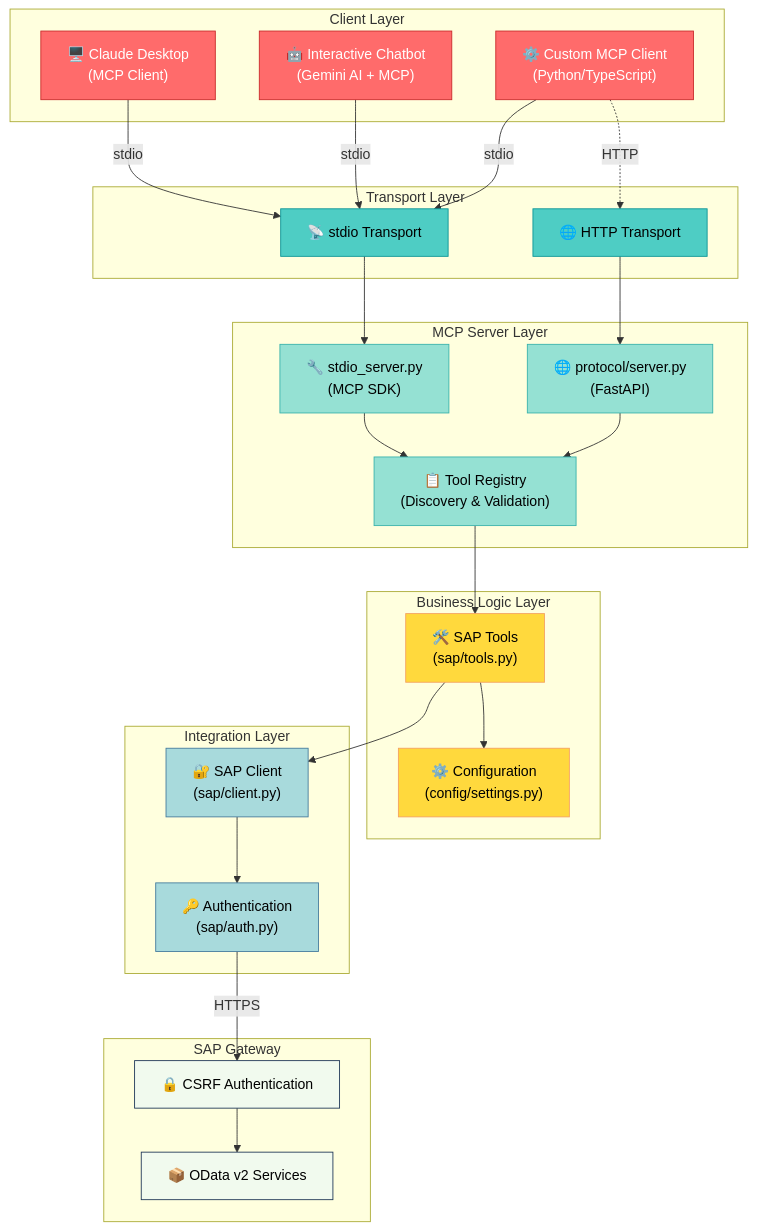
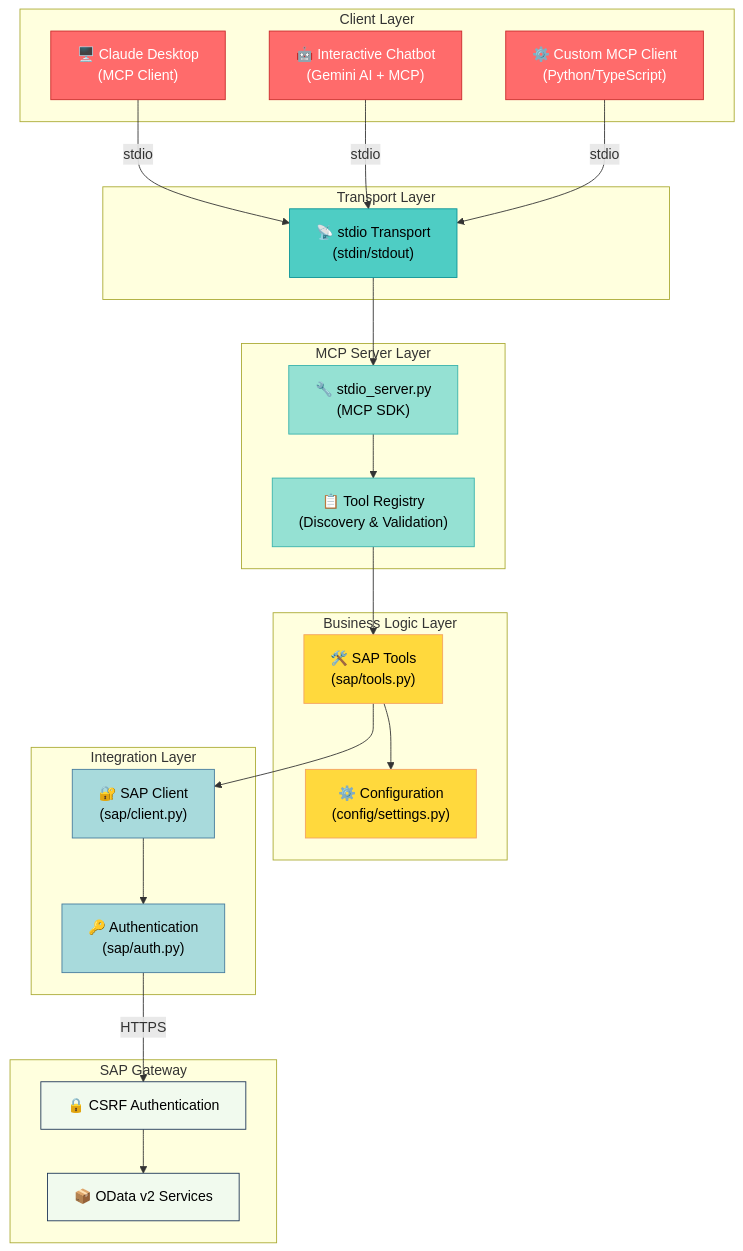
Before and after one commit to midasol/sap-mcp-server: the first of 13 diagrams in sap-mcp-server/ARCHITECTURE.md, drawn with Mermaid. The commit also changed other lines of this file and 29 other files, not shown here.

````diff
--- a/sap-mcp-server/ARCHITECTURE.md
+++ b/sap-mcp-server/ARCHITECTURE.md
@@ -11,68 +11,61 @@
 ```mermaid
 graph TB
     subgraph "Client Layer"
         A1["🖥️ Claude Desktop<br/>(MCP Client)"]
         A2["🤖 Interactive Chatbot<br/>(Gemini AI + MCP)"]
         A3["⚙️ Custom MCP Client<br/>(Python/TypeScript)"]
     end
 
     subgraph "Transport Layer"
-        B1["📡 stdio Transport"]
-        B2["🌐 HTTP Transport"]
+        B1["📡 stdio Transport<br/>(stdin/stdout)"]
     end
 
     subgraph "MCP Server Layer"
         C1["🔧 stdio_server.py<br/>(MCP SDK)"]
-        C2["🌐 protocol/server.py<br/>(FastAPI)"]
-        C3["📋 Tool Registry<br/>(Discovery & Validation)"]
+        C2["📋 Tool Registry<br/>(Discovery & Validation)"]
     end
 
     subgraph "Business Logic Layer"
         D1["🛠️ SAP Tools<br/>(sap/tools.py)"]
         D2["⚙️ Configuration<br/>(config/settings.py)"]
     end
 
     subgraph "Integration Layer"
         E1["🔐 SAP Client<br/>(sap/client.py)"]
         E2["🔑 Authentication<br/>(sap/auth.py)"]
     end
 
     subgraph "SAP Gateway"
         F1["📦 OData v2 Services"]
         F2["🔒 CSRF Authentication"]
     end
 
     A1 -->|stdio| B1
     A2 -->|stdio| B1
     A3 -->|stdio| B1
-    A3 -.->|HTTP| B2
 
     B1 --> C1
-    B2 --> C2
 
-    C1 --> C3
-    C2 --> C3
+    C1 --> C2
 
-    C3 --> D1
+    C2 --> D1
     D1 --> D2
     D1 --> E1
 
     E1 --> E2
     E2 -->|HTTPS| F2
     F2 --> F1
 
     style A1 fill:#FF6B6B,stroke:#C92A2A,color:#FFF
     style A2 fill:#FF6B6B,stroke:#C92A2A,color:#FFF
     style A3 fill:#FF6B6B,stroke:#C92A2A,color:#FFF
     style B1 fill:#4ECDC4,stroke:#0A9396,color:#000
-    style B2 fill:#4ECDC4,stroke:#0A9396,color:#000
     style C1 fill:#95E1D3,stroke:#38B2AC,color:#000
     style C2 fill:#95E1D3,stroke:#38B2AC,color:#000
-    style C3 fill:#95E1D3,stroke:#38B2AC,color:#000
     style D1 fill:#FFD93D,stroke:#F4A261,color:#000
     style D2 fill:#FFD93D,stroke:#F4A261,color:#000
     style E1 fill:#A8DADC,stroke:#457B9D,color:#000
     style E2 fill:#A8DADC,stroke:#457B9D,color:#000
     style F1 fill:#F1FAEE,stroke:#1D3557,color:#000
     style F2 fill:#F1FAEE,stroke:#1D3557,color:#000
 ```
````
